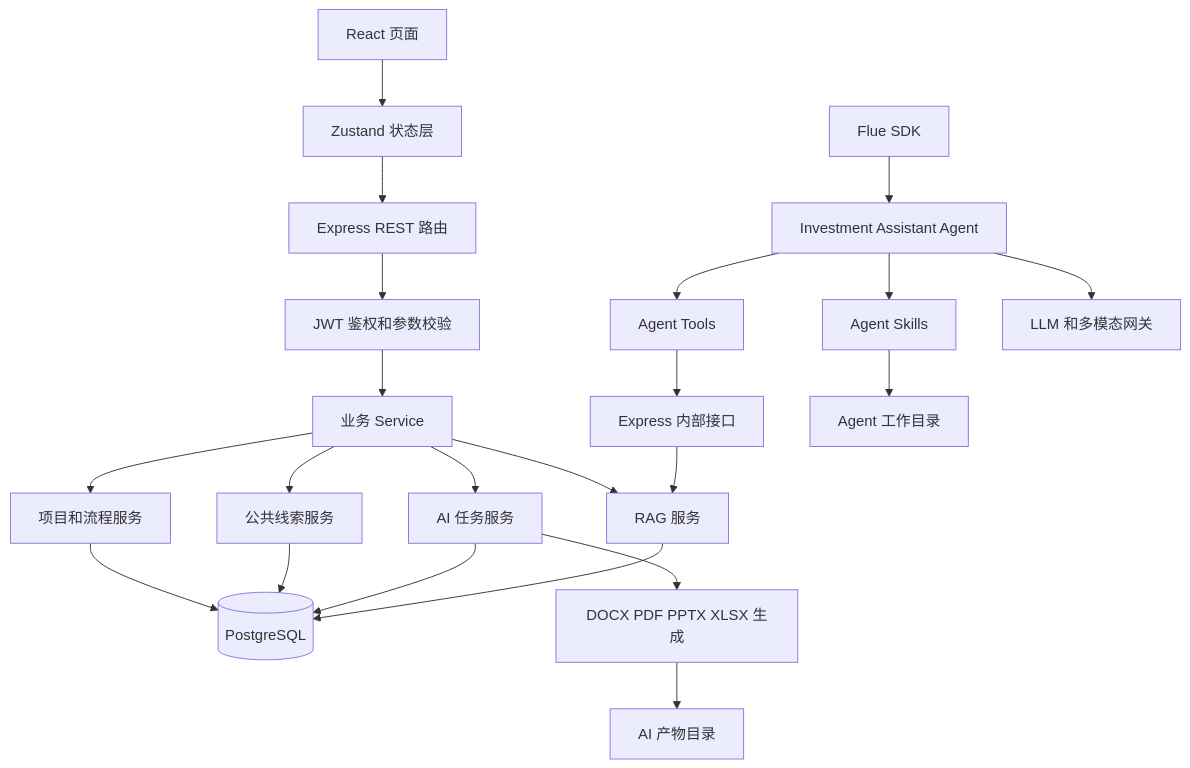
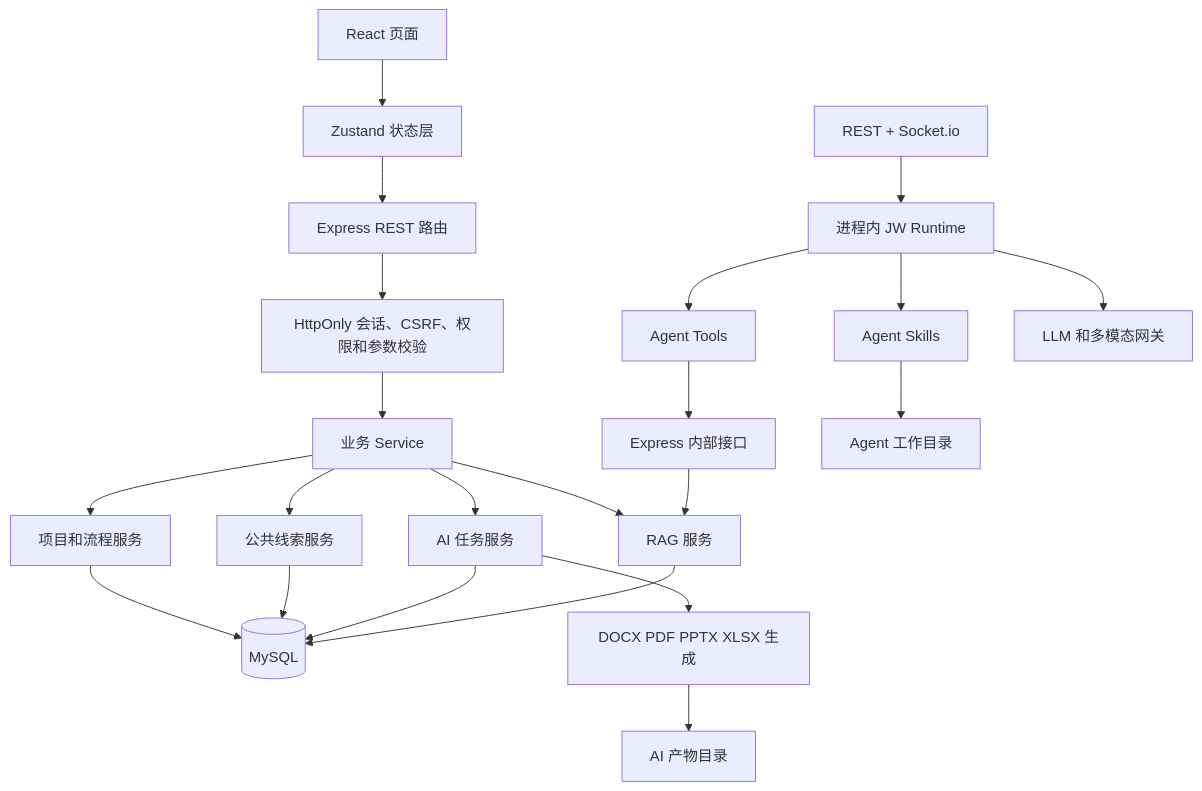
The second of 6 diagrams in docs/项目架构与技术交接文档.md (CusYojo/CNVC_OS), drawn with Mermaid before and after one commit. The commit also changed other lines of this file and 612 other files, not shown here.

Commit message:
Complete MySQL migration and platform runtime integration

````diff
--- a/docs/项目架构与技术交接文档.md
+++ b/docs/项目架构与技术交接文档.md
@@ -67,28 +59,28 @@
 ```mermaid
 graph TD
     PAGE[React 页面] --> STORE[Zustand 状态层]
     STORE --> ROUTE[Express REST 路由]
-    ROUTE --> AUTH[JWT 鉴权和参数校验]
+    ROUTE --> AUTH[HttpOnly 会话、CSRF、权限和参数校验]
     AUTH --> SERVICE[业务 Service]
 
     SERVICE --> PROJECT[项目和流程服务]
     SERVICE --> LEAD[公共线索服务]
     SERVICE --> TASK[AI 任务服务]
     SERVICE --> RAG[RAG 服务]
 
-    PROJECT --> DB[(PostgreSQL)]
+    PROJECT --> DB[(MySQL)]
     LEAD --> DB
     TASK --> DB
     RAG --> DB
 
     TASK --> DOC[DOCX PDF PPTX XLSX 生成]
     DOC --> ARTIFACT[AI 产物目录]
 
-    CHAT[Flue SDK] --> AGENT[Investment Assistant Agent]
+    CHAT[REST + Socket.io] --> AGENT[进程内 JW Runtime]
     AGENT --> TOOL[Agent Tools]
     AGENT --> SKILL[Agent Skills]
     TOOL --> INTERNAL[Express 内部接口]
     INTERNAL --> RAG
     SKILL --> WORKSPACE[Agent 工作目录]
     AGENT --> MODEL[LLM 和多模态网关]
 ```
````
